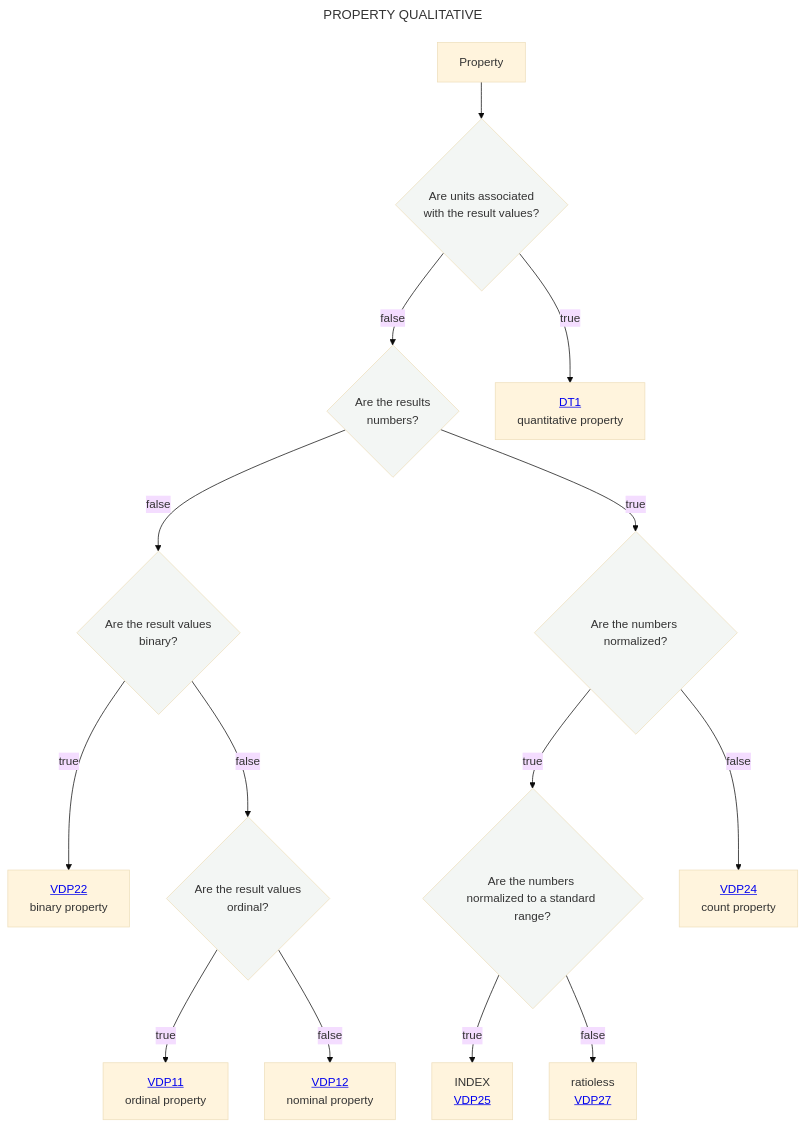
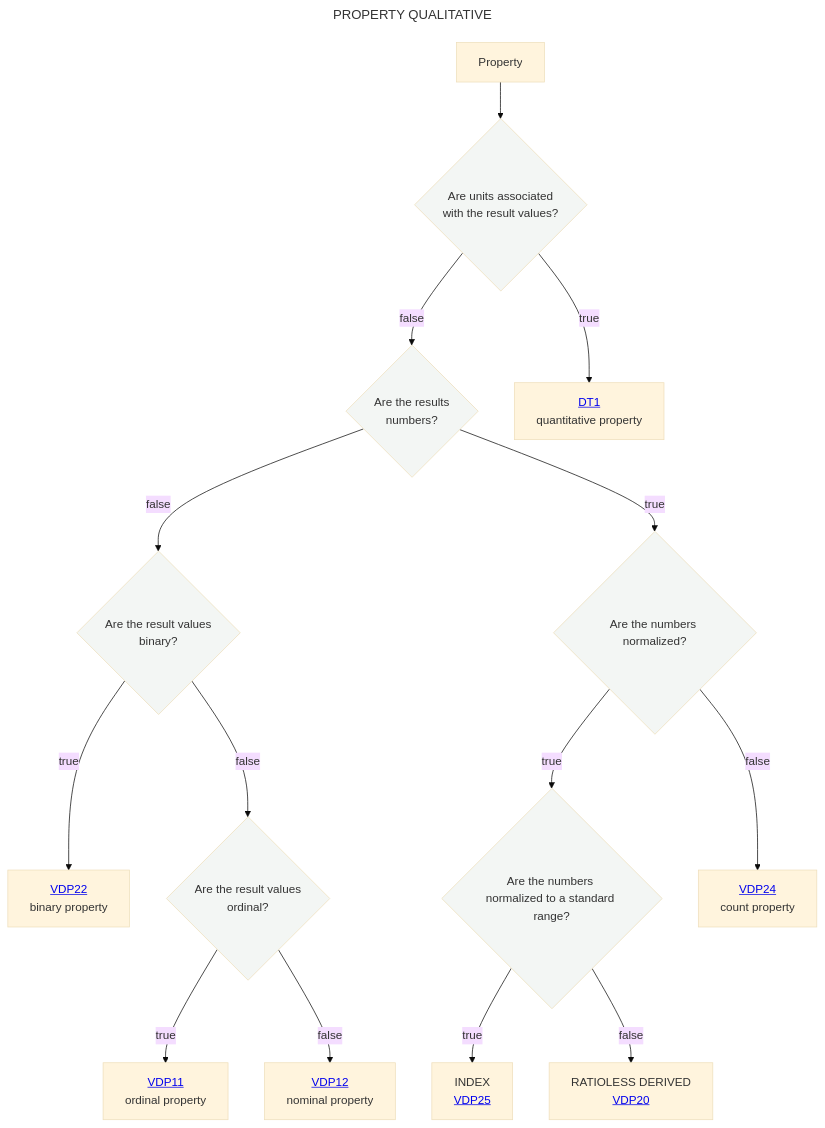
Before and after one commit to mabablue/I-ADOPT-patterns-playground: the diagram in Decisition_trees/DT0.mmd, drawn with Mermaid (base theme).

```diff
--- a/Decisition_trees/DT0.mmd
+++ b/Decisition_trees/DT0.mmd
@@ -1,21 +1,21 @@
 ---
 title: PROPERTY QUALITATIVE
 ---
 flowchart TD
     A[Property] --> B{Are units associated <br> with the result values?}:::white
     B --> |false|C{Are the results <br> numbers?}:::white
     B --> |true|D[<a href='https://github.com/mabablue/I-ADOPT-patterns-playground/blob/main/Decisition_trees/DT1.mmd'>DT1</a><br> quantitative property] 
     C --> |false|E{Are the result values <br> binary?}:::white
     C --> |true|H{Are the numbers normalized?}:::white
     H --> |true|HI{Are the numbers normalized to a standard range?}:::white
     HI --> |true|HJ[INDEX <br> <a href='https://github.com/mabablue/I-ADOPT-patterns-playground/blob/main/pattern/VDP25.yaml'>VDP25</a>]
-    HI --> |false|HL[ratioless <br> <a href='https://github.com/mabablue/I-ADOPT-patterns-playground/blob/main/pattern/VDP25.yaml'>VDP27</a>]
+    HI --> |false|HL[RATIOLESS DERIVED <br> <a href='https://github.com/mabablue/I-ADOPT-patterns-playground/blob/main/pattern/VDP20.yaml'>VDP20</a>]
     H --> |false|HK[<a href='https://github.com/mabablue/I-ADOPT-patterns-playground/blob/main/pattern/VDP24.yaml'>VDP24</a><br> count property] 
     E --> |true|F[<a href='https://github.com/mabablue/I-ADOPT-patterns-playground/blob/main/pattern/VDP22.yaml'>VDP22</a><br> binary property] 
     E --> |false|I{Are the result values <br> ordinal?}:::white
     I --> |true|J[<a href='https://github.com/mabablue/I-ADOPT-patterns-playground/blob/main/pattern/VDP11.yaml'>VDP11</a><br> ordinal property] 
     I --> |false|K[<a href='https://github.com/mabablue/I-ADOPT-patterns-playground/blob/main/pattern/VDP12.yaml'>VDP12</a><br> nominal property] 
    classDef blue fill:#90D5FF
    classDef satblue fill:#57B9FF 
    classDef white fill:#f3f6f4
    classDef green fill:#6aa84f
```
